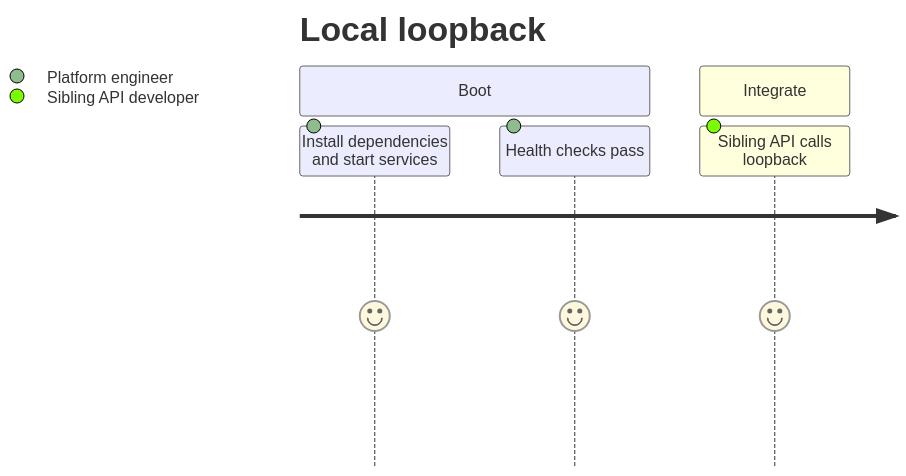
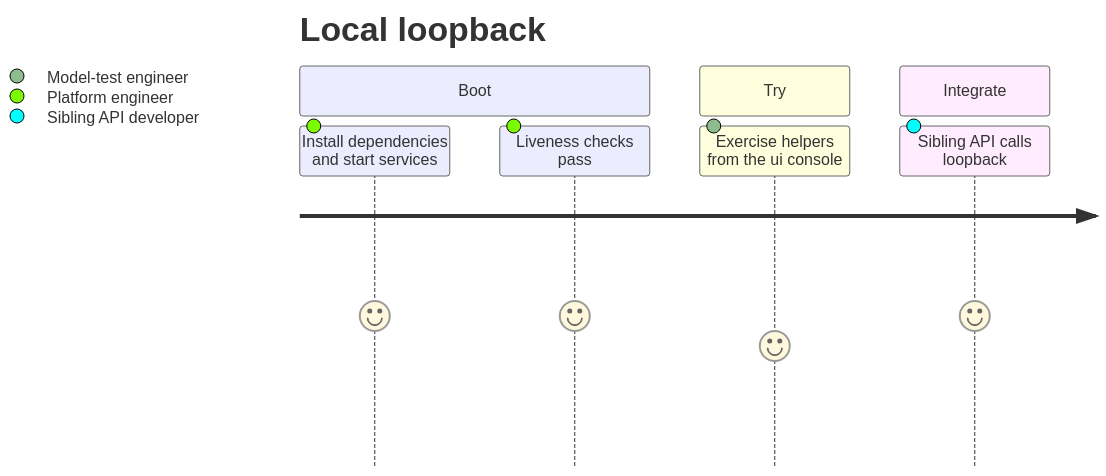
One commit to felixzhu97/explore-ml changed the diagram in docs/product-owner/User-Story-Map.md. Above: the diagram before and after it, drawn with Mermaid. The commit also changed other lines of this file, not shown here.

````diff
--- a/docs/product-owner/User-Story-Map.md
+++ b/docs/product-owner/User-Story-Map.md
@@ -22,9 +22,11 @@
 ```mermaid
 journey
     title Local loopback
     section Boot
         Install dependencies and start services: 5: Platform engineer
-        Health checks pass: 5: Platform engineer
+        Liveness checks pass: 5: Platform engineer
+    section Try
+        Exercise helpers from the ui console: 4: Model-test engineer
     section Integrate
         Sibling API calls loopback: 5: Sibling API developer
 ```
````
